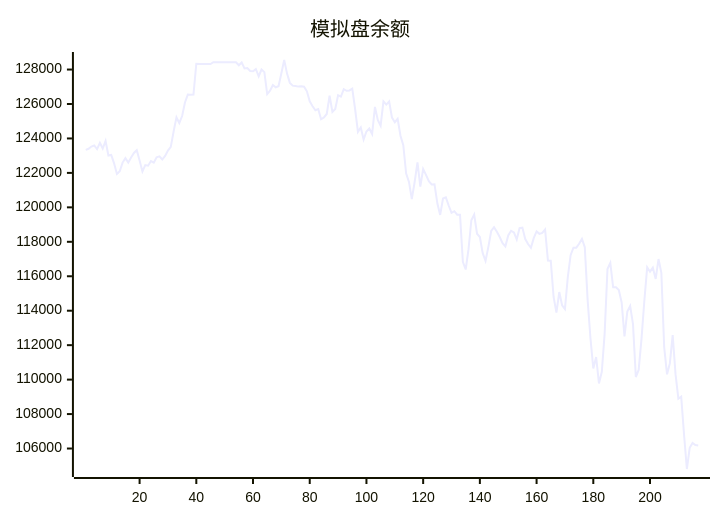
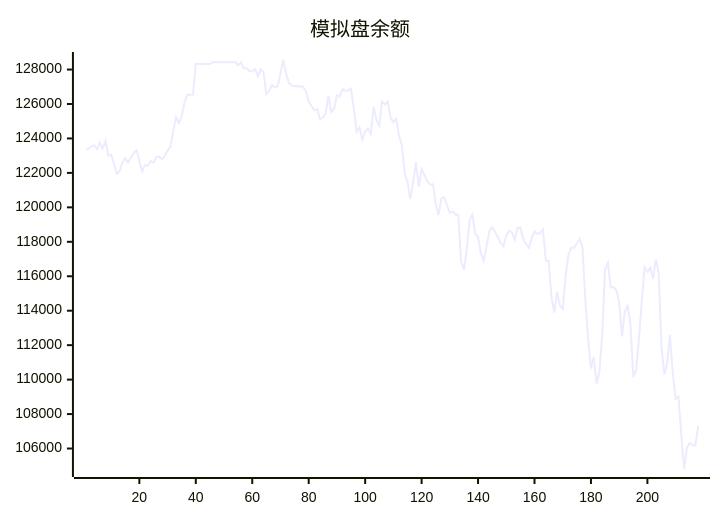
The diagram in README.md (aahl/ai-trading), drawn with Mermaid before and after one commit. The commit also changed other lines of this file and 1 other file, not shown here.

````diff
--- a/README.md
+++ b/README.md
@@ -5,5 +5,5 @@
 ```mermaid
 xychart
     title "模拟盘余额"
-    line [123338,123402,123530,123592,123378,123745,123413,123853,123009,123040,122557,121938,122095,122599,122856,122597,122898,123160,123319,122719,122087,122454,122416,122685,122592,122907,122961,122776,122981,123295,123507,124403,125224,124894,125303,126088,126544,126534,126549,128335,128318,128318,128318,128318,128318,128424,128424,128424,128424,128424,128424,128424,128424,128424,128247,128412,128062,128087,127917,127901,128026,127611,128000,127850,126572,126770,127100,126971,127029,127783,128554,127765,127224,127064,127044,127009,127025,127004,126738,126152,125871,125635,125707,125117,125217,125420,126480,125545,125715,126511,126424,126856,126764,126788,126890,125710,124381,124632,123936,124402,124574,124256,125833,125070,124739,126154,125966,126145,125213,124943,125143,124157,123604,121959,121476,120476,121470,122610,121201,122221,121889,121522,121332,121344,120232,119559,120513,120577,120108,119680,119777,119572,119568,116839,116392,117573,119250,119585,118469,118277,117338,116897,117706,118628,118849,118579,118280,117926,117735,118373,118639,118544,118136,118798,118819,118162,117874,117649,118215,118601,118463,118517,118713,116911,116899,114798,113887,115084,114313,114091,115934,117221,117658,117658,117883,118164,117693,114632,112403,110644,111313,109777,110444,112673,116419,116772,115355,115355,115198,114476,112510,113954,114276,113223,110151,110561,112361,114562,116522,116265,116500,115845,117000,116199,111887,110306,110942,112588,110318,108891,109011,106814,104811,106038,106327,106201,106180]
+    line [123338,123402,123530,123592,123378,123745,123413,123853,123009,123040,122557,121938,122095,122599,122856,122597,122898,123160,123319,122719,122087,122454,122416,122685,122592,122907,122961,122776,122981,123295,123507,124403,125224,124894,125303,126088,126544,126534,126549,128335,128318,128318,128318,128318,128318,128424,128424,128424,128424,128424,128424,128424,128424,128424,128247,128412,128062,128087,127917,127901,128026,127611,128000,127850,126572,126770,127100,126971,127029,127783,128554,127765,127224,127064,127044,127009,127025,127004,126738,126152,125871,125635,125707,125117,125217,125420,126480,125545,125715,126511,126424,126856,126764,126788,126890,125710,124381,124632,123936,124402,124574,124256,125833,125070,124739,126154,125966,126145,125213,124943,125143,124157,123604,121959,121476,120476,121470,122610,121201,122221,121889,121522,121332,121344,120232,119559,120513,120577,120108,119680,119777,119572,119568,116839,116392,117573,119250,119585,118469,118277,117338,116897,117706,118628,118849,118579,118280,117926,117735,118373,118639,118544,118136,118798,118819,118162,117874,117649,118215,118601,118463,118517,118713,116911,116899,114798,113887,115084,114313,114091,115934,117221,117658,117658,117883,118164,117693,114632,112403,110644,111313,109777,110444,112673,116419,116772,115355,115355,115198,114476,112510,113954,114276,113223,110151,110561,112361,114562,116522,116265,116500,115845,117000,116199,111887,110306,110942,112588,110318,108891,109011,106814,104811,106038,106327,106201,106180,107315]
 ```
````
